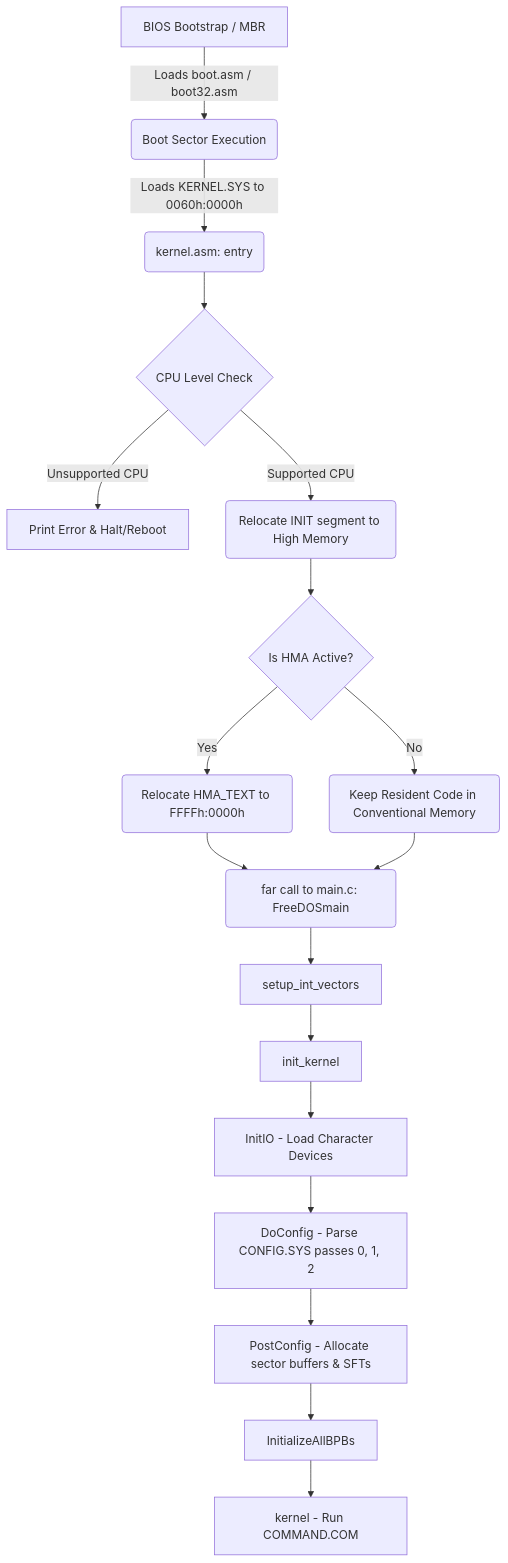
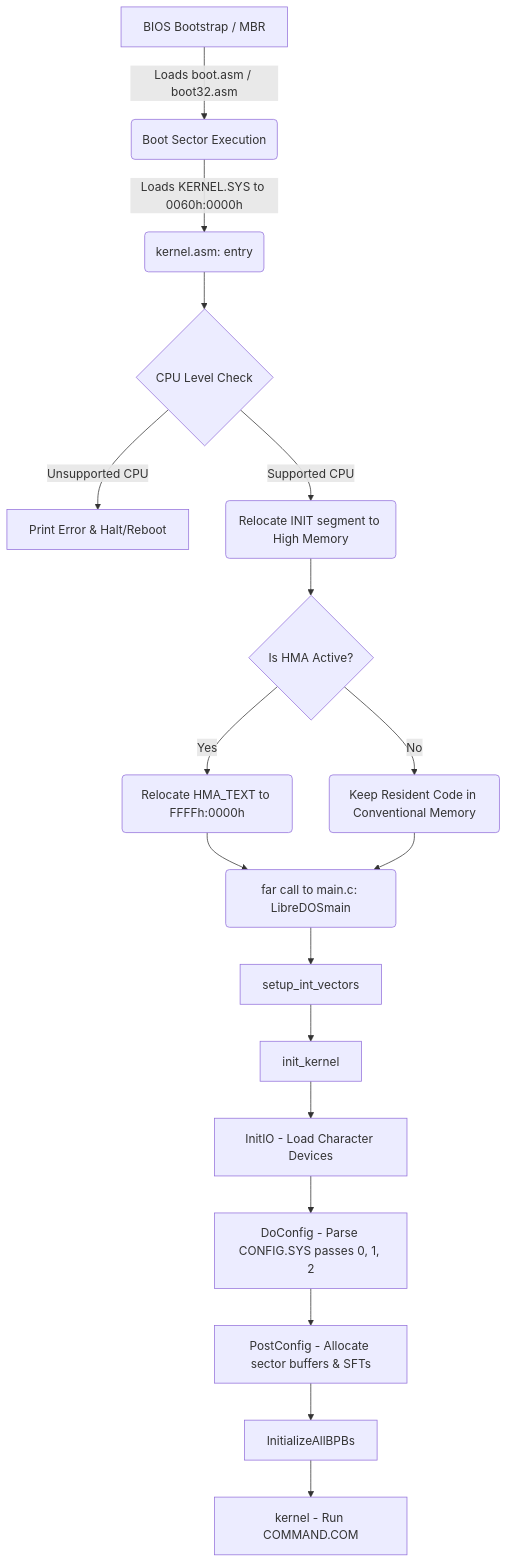
The first of 4 diagrams in docs/flowcharts.md (proteanthread/kernel), drawn with Mermaid before and after one commit. The commit also changed other lines of this file and 73 other files, not shown here.

````diff
--- a/docs/flowcharts.md
+++ b/docs/flowcharts.md
@@ -11,20 +11,20 @@
 ```mermaid
 graph TD
     A[BIOS Bootstrap / MBR] -->|Loads boot.asm / boot32.asm| B(Boot Sector Execution)
     B -->|Loads KERNEL.SYS to 0060h:0000h| C(kernel.asm: entry)
     C --> D{CPU Level Check}
     D -->|Unsupported CPU| E[Print Error & Halt/Reboot]
     D -->|Supported CPU| F(Relocate INIT segment to High Memory)
     F --> G{Is HMA Active?}
     G -->|Yes| H(Relocate HMA_TEXT to FFFFh:0000h)
     G -->|No| I(Keep Resident Code in Conventional Memory)
-    H --> J(far call to main.c: FreeDOSmain)
+    H --> J(far call to main.c: LibreDOSmain)
     I --> J
     J --> K[setup_int_vectors]
     K --> L[init_kernel]
     L --> M[InitIO - Load Character Devices]
     M --> N[DoConfig - Parse CONFIG.SYS passes 0, 1, 2]
     N --> O[PostConfig - Allocate sector buffers & SFTs]
     O --> P[InitializeAllBPBs]
     P --> Q[kernel - Run COMMAND.COM]
 ```
````
